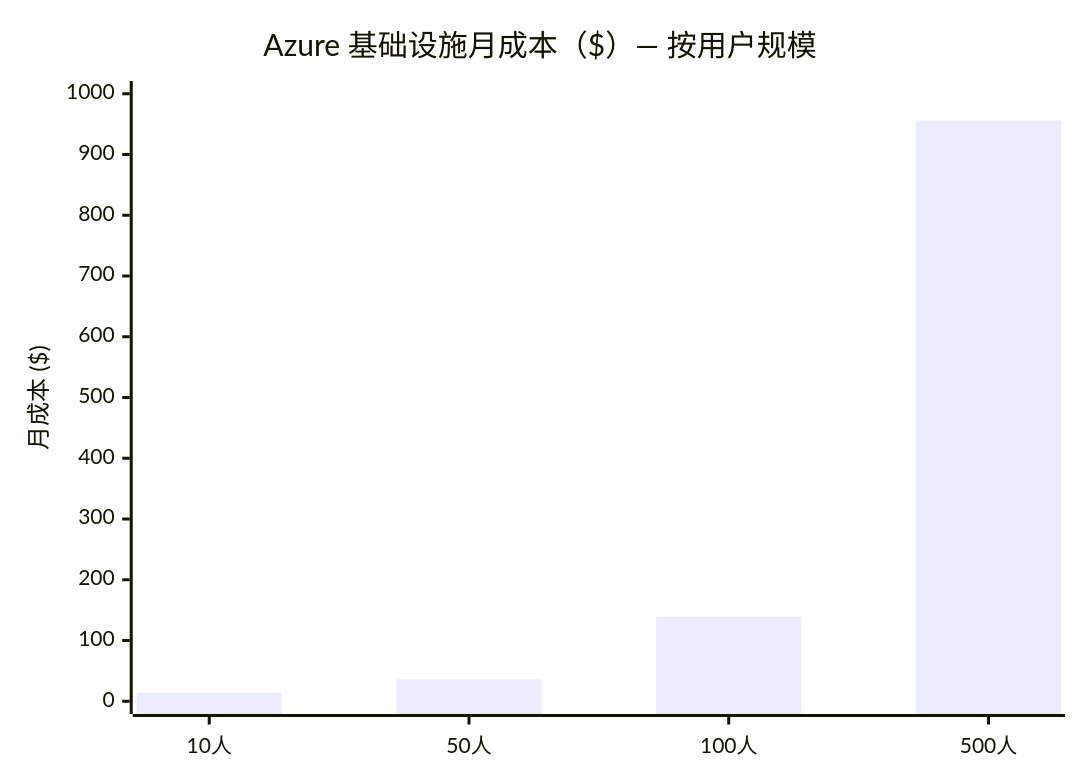
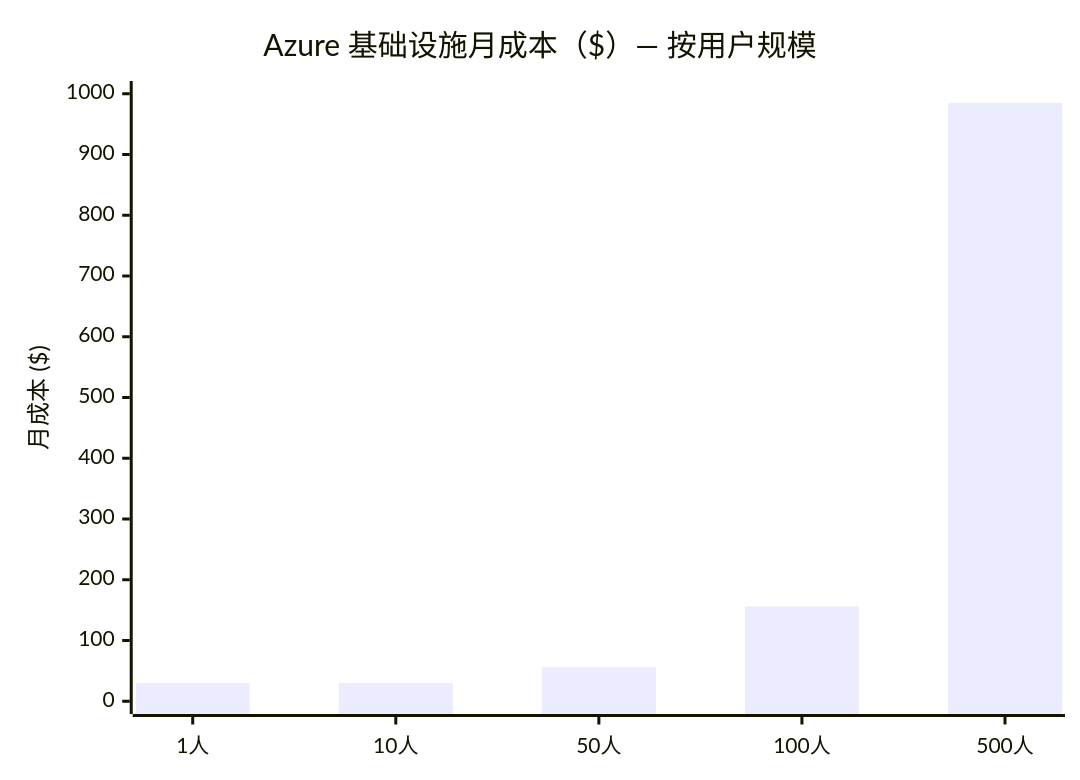
One commit to jiayiyan-AI/laifu changed the ninth of 14 diagrams in docs/architecture.md. Above: the diagram before and after it, drawn with Mermaid. The commit also changed other lines of this file and 14 other files, not shown here.

````diff
--- a/docs/architecture.md
+++ b/docs/architecture.md
@@ -779,7 +793,7 @@
 ```mermaid
 xychart-beta
     title "Azure 基础设施月成本（$）— 按用户规模"
-    x-axis ["10人", "50人", "100人", "500人"]
+    x-axis ["1人", "10人", "50人", "100人", "500人"]
     y-axis "月成本 ($)" 0 --> 1000
-    bar [14, 36, 139, 956]
+    bar [30, 30, 56, 156, 985]
 ```
````
